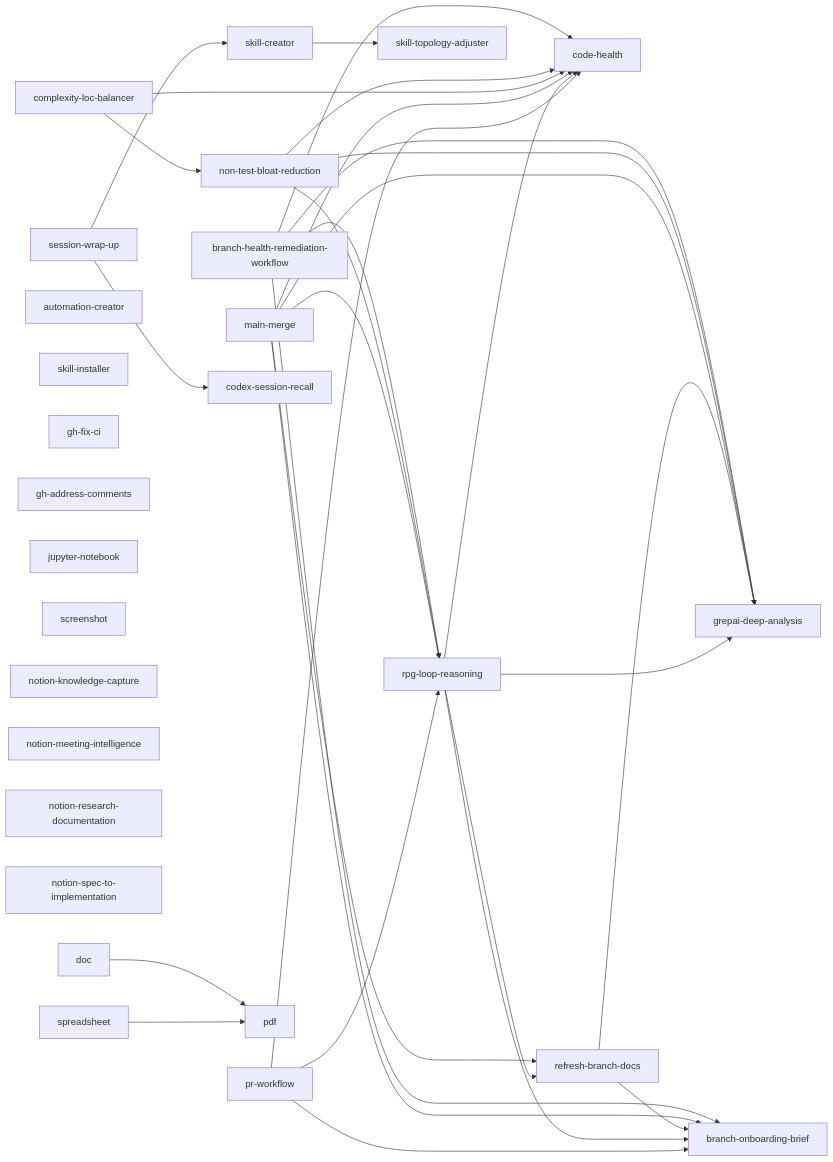
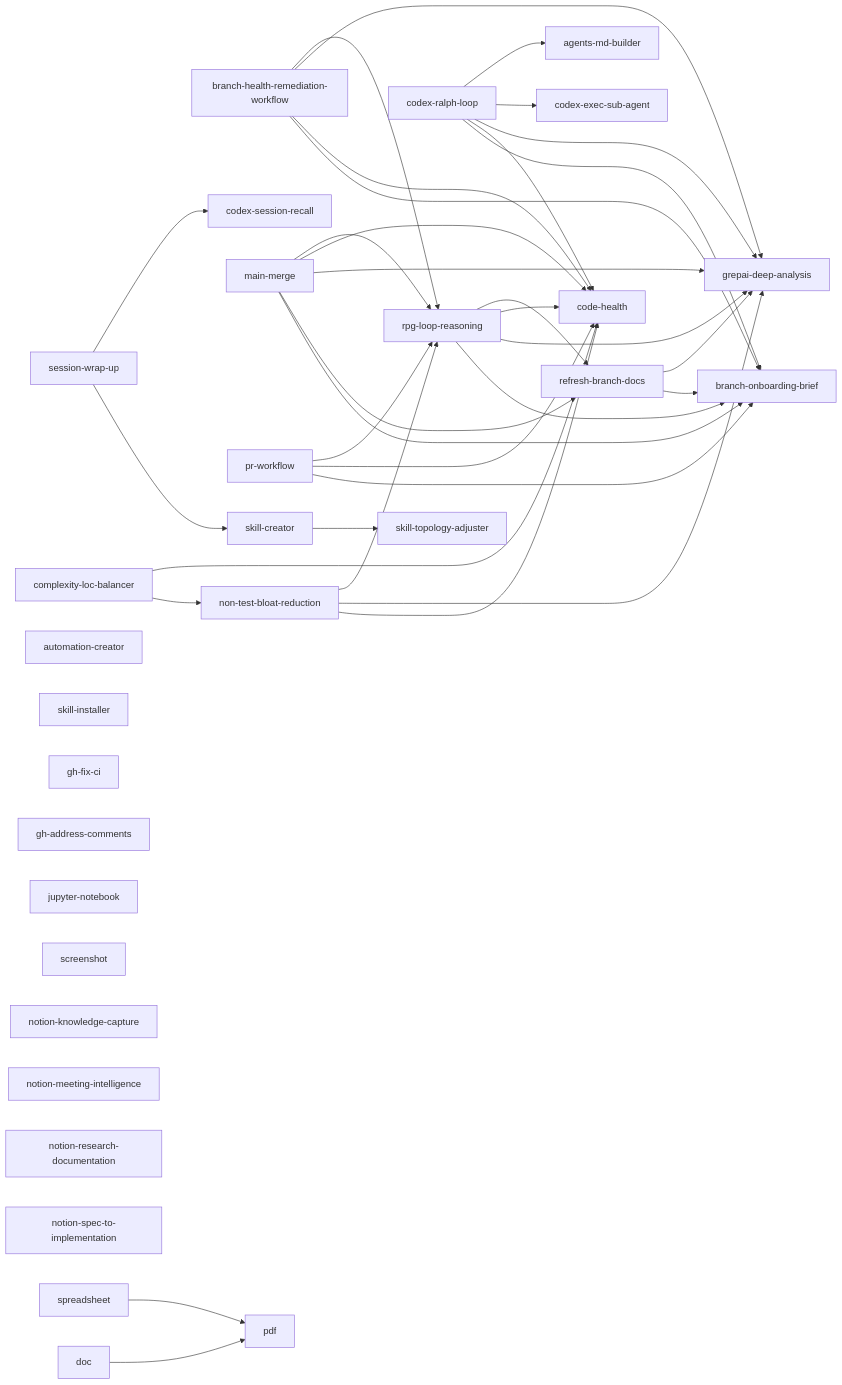
One commit to tinker495/codex-assets changed the first of 2 diagrams in skills/.system/skill-creator/references/skill_topology.md. Above: the diagram before and after it, drawn with Mermaid. The commit also changed other lines of this file and 1 other file, not shown here.

Commit message:
chore(sync): codex assets update (2026-02-09 01:00:43)

````diff
--- a/skills/.system/skill-creator/references/skill_topology.md
+++ b/skills/.system/skill-creator/references/skill_topology.md
@@ -70,51 +75,57 @@
 ```mermaid
 flowchart LR
   BHRW["branch-health-remediation-workflow"] --> BOB["branch-onboarding-brief"]
   BHRW --> CH["code-health"]
   BHRW --> GDA["grepai-deep-analysis"]
   BHRW --> RLR["rpg-loop-reasoning"]
 
   NTBR["non-test-bloat-reduction"] --> CH
   NTBR --> GDA
   NTBR --> RLR
 
   CLB["complexity-loc-balancer"] --> NTBR
   CLB --> CH
 
   MM["main-merge"] --> BOB
   MM --> RBD["refresh-branch-docs"]
   MM --> GDA
   MM --> CH
   MM --> RLR
 
   RBD --> BOB
   RBD --> GDA
 
   RLR["rpg-loop-reasoning"] --> BOB
   RLR --> GDA
   RLR --> CH
   RLR --> RBD
 
   PR["pr-workflow"] --> BOB
   PR --> CH
   PR --> RLR
 
+  CRL["codex-ralph-loop"] --> BOB
+  CRL --> CH
+  CRL --> GDA
+  CRL --> CESA["codex-exec-sub-agent"]
+  CRL --> AMB["agents-md-builder"]
+
   SWU["session-wrap-up"] --> SC["skill-creator"]
   SWU --> CSR["codex-session-recall"]
 
   SC --> STA["skill-topology-adjuster"]
 
   AC["automation-creator"]
   SI["skill-installer"]
   GHF["gh-fix-ci"]
   GHC["gh-address-comments"]
   JNB["jupyter-notebook"]
   SHOT["screenshot"]
   NKC["notion-knowledge-capture"]
   NMI["notion-meeting-intelligence"]
   NRD["notion-research-documentation"]
   NSI["notion-spec-to-implementation"]
 
   DOC["doc"] --> PDF["pdf"]
   SS["spreadsheet"] --> PDF
 ```
````
